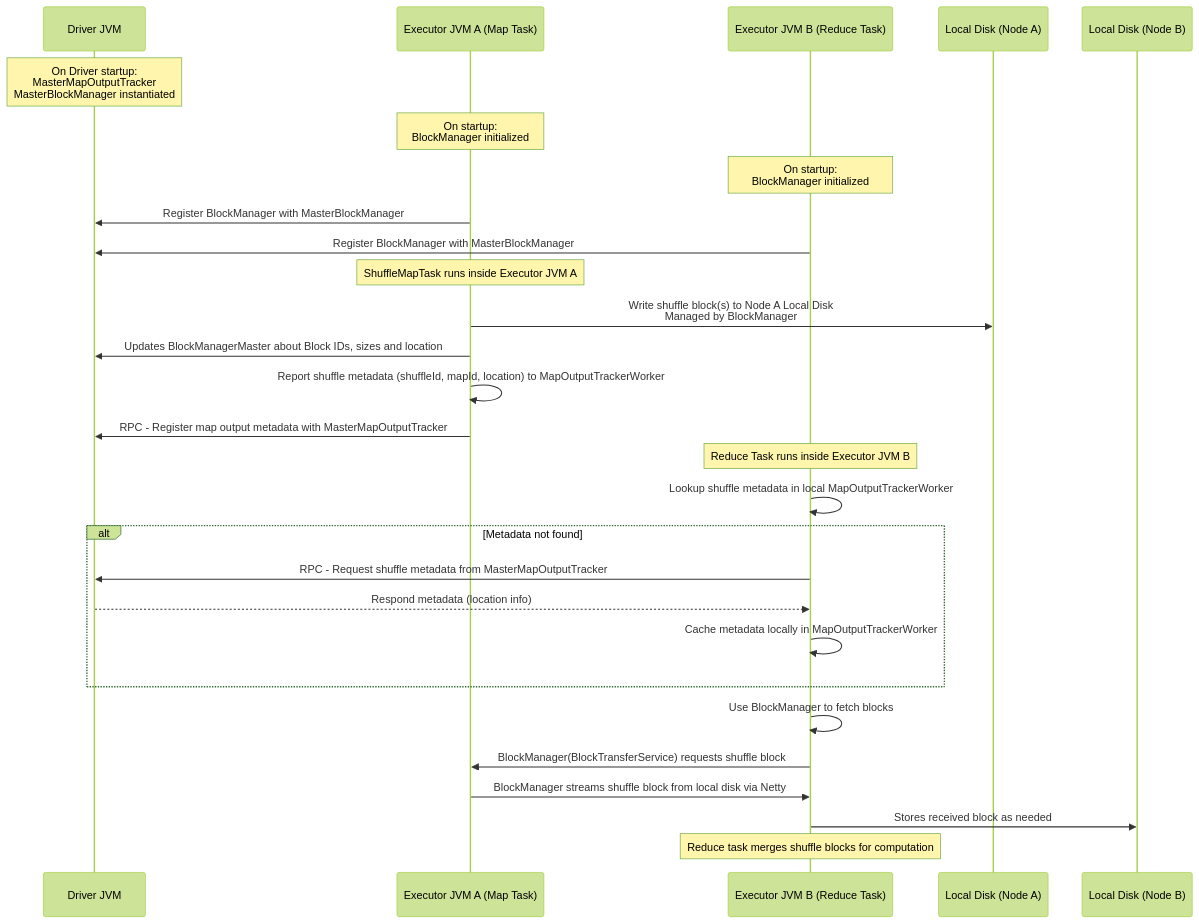
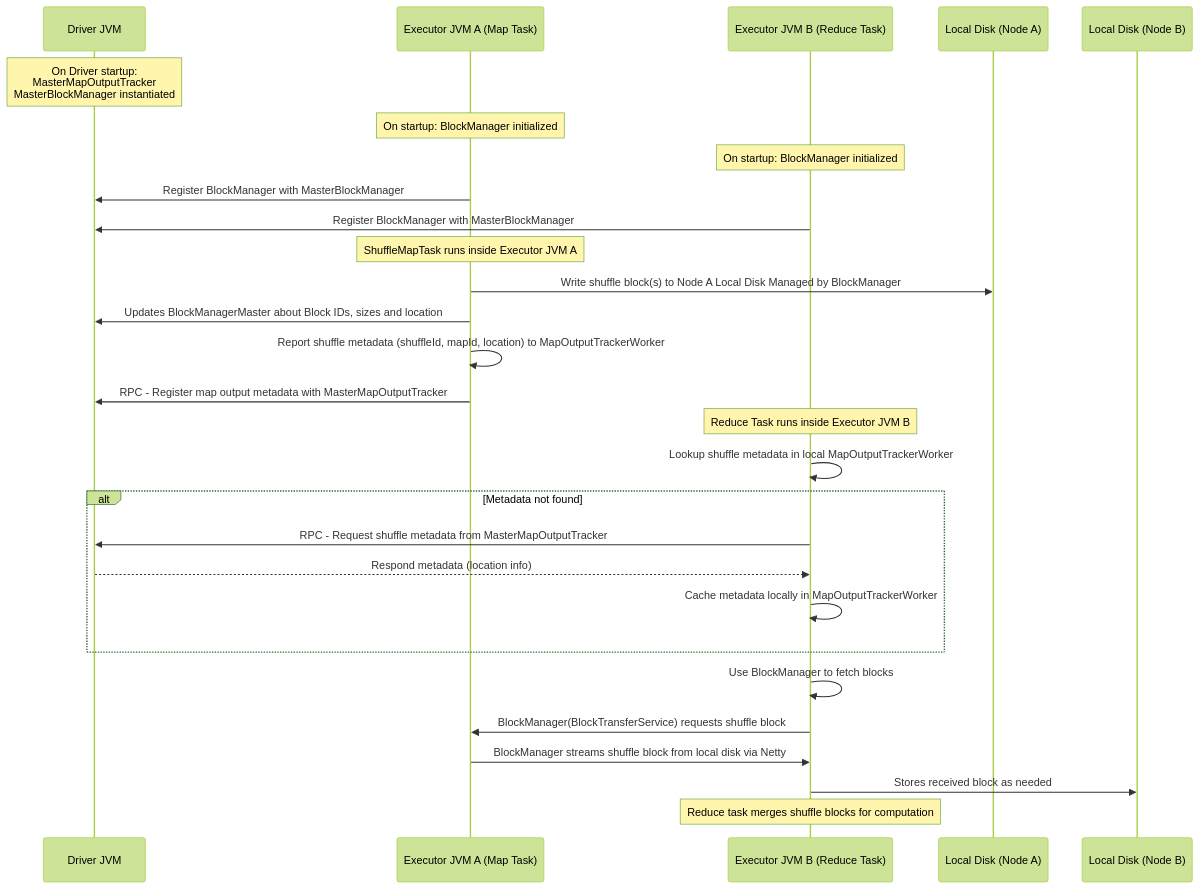
One commit to guptaakashdeep/Second-Brain changed the first of 3 diagrams in content/MapOutputTracker, BlockManager and ESS in Spark.md. Above: the diagram before and after it, drawn with Mermaid (forest theme).

Commit message:
Quartz sync: Nov 5, 2025, 3:03 PM

````diff
--- a/content/MapOutputTracker, BlockManager and ESS in Spark.md
+++ b/content/MapOutputTracker, BlockManager and ESS in Spark.md
@@ -85,42 +85,42 @@
 ```mermaid
 sequenceDiagram
     participant Driver as Driver JVM
     participant ExecA as Executor JVM A (Map Task)
     participant ExecB as Executor JVM B (Reduce Task)
     participant DiskA as Local Disk (Node A)
     participant DiskB as Local Disk (Node B)
 
     %% Driver Setup
     Note over Driver: On Driver startup:<br/>MasterMapOutputTracker<br/>MasterBlockManager instantiated
 
     %% Executors register BlockManagers
-    Note over ExecA: On startup:<br/>BlockManager initialized
-    Note over ExecB: On startup:<br/>BlockManager initialized
+    Note over ExecA: On startup: BlockManager initialized
+    Note over ExecB: On startup: BlockManager initialized
     ExecA->>Driver: Register BlockManager with MasterBlockManager
     ExecB->>Driver: Register BlockManager with MasterBlockManager
 
     %% Map Stage
     Note over ExecA: ShuffleMapTask runs inside Executor JVM A
-    ExecA->>DiskA: Write shuffle block(s) to Node A Local Disk<br/>Managed by BlockManager
+    ExecA->>DiskA: Write shuffle block(s) to Node A Local Disk Managed by BlockManager
     ExecA->>Driver: Updates BlockManagerMaster about Block IDs, sizes and location
     ExecA->>ExecA: Report shuffle metadata (shuffleId, mapId, location) to MapOutputTrackerWorker
     ExecA->>Driver: RPC - Register map output metadata with MasterMapOutputTracker
 
     %% Reduce Stage
     Note over ExecB: Reduce Task runs inside Executor JVM B
     ExecB->>ExecB: Lookup shuffle metadata in local MapOutputTrackerWorker
     alt Metadata not found
         ExecB->>Driver: RPC - Request shuffle metadata from MasterMapOutputTracker
         Driver-->>ExecB: Respond metadata (location info)
         ExecB->>ExecB: Cache metadata locally in MapOutputTrackerWorker
     end
 
     %% Block Fetch via BlockManager
     ExecB->>ExecB: Use BlockManager to fetch blocks
     ExecB->>ExecA: BlockManager(BlockTransferService) requests shuffle block
     ExecA->>ExecB: BlockManager streams shuffle block from local disk via Netty
     ExecB->>DiskB: Stores received block as needed
 
     Note over ExecB: Reduce task merges shuffle blocks for computation
 
 ```
````
